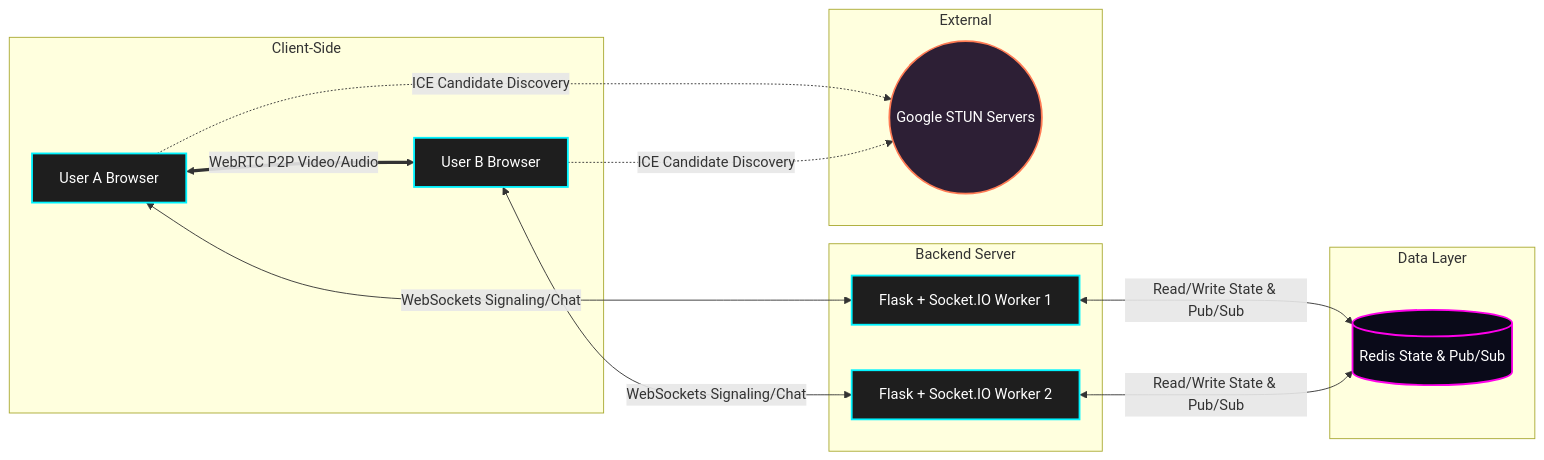
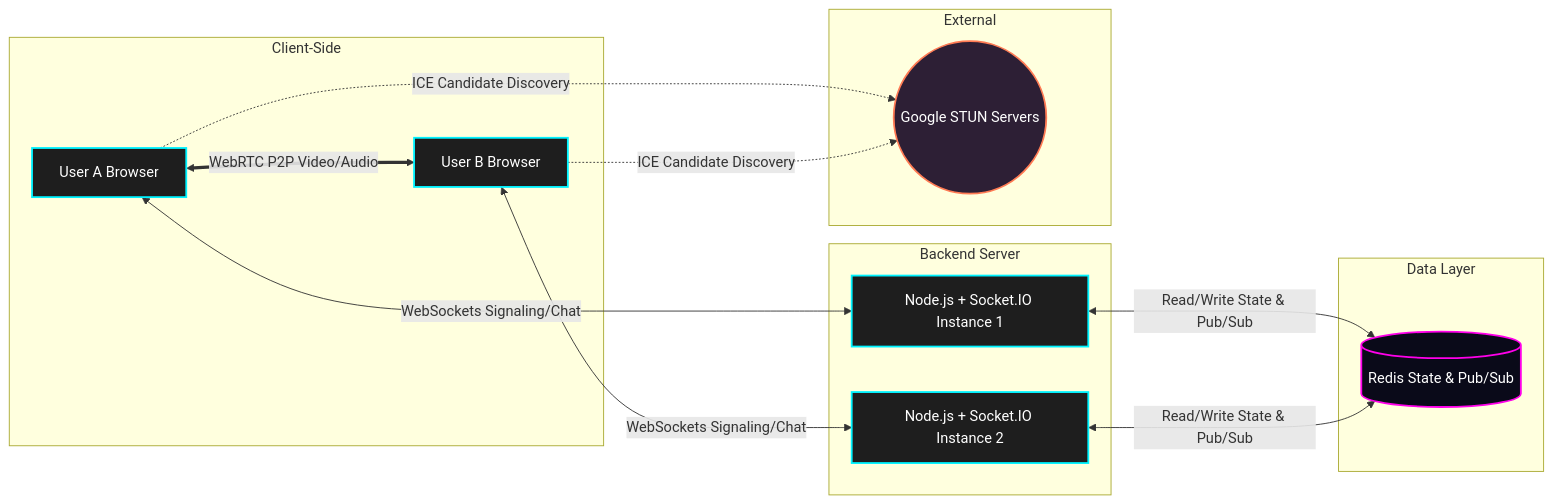
One commit to ArnavPundir22/BaatCheet changed the diagram in docs/architecture.md. Above: the diagram before and after it, drawn with Mermaid. The commit also changed other lines of this file and 1 other file, not shown here.

Commit message:
Update in-depth docs to reflect Node.js architecture

````diff
--- a/docs/architecture.md
+++ b/docs/architecture.md
@@ -12,41 +12,41 @@
 ```mermaid
 graph LR
     subgraph Client-Side
         A["User A Browser"]
         B["User B Browser"]
     end
 
     subgraph Backend Server
-        C["Flask + Socket.IO Worker 1"]
-        D["Flask + Socket.IO Worker 2"]
+        C["Node.js + Socket.IO Instance 1"]
+        D["Node.js + Socket.IO Instance 2"]
     end
 
     subgraph Data Layer
         E[("Redis State & Pub/Sub")]
     end
 
     subgraph External
         F(("Google STUN Servers"))
     end
 
     %% WebRTC Peer-to-Peer (Media)
     A <==>|"WebRTC P2P Video/Audio"| B
 
     %% Signaling & Chat
     A <-->|"WebSockets Signaling/Chat"| C
     B <-->|"WebSockets Signaling/Chat"| D
 
     %% Redis connection
     C <-->|"Read/Write State & Pub/Sub"| E
     D <-->|"Read/Write State & Pub/Sub"| E
 
     %% STUN
     A -.->|"ICE Candidate Discovery"| F
     B -.->|"ICE Candidate Discovery"| F
 
     classDef default fill:#1e1e1e,stroke:#00f3ff,stroke-width:2px,color:#fff;
     classDef database fill:#0a0a19,stroke:#ff00ea,stroke-width:2px,color:#fff;
     classDef external fill:#2d1f35,stroke:#ff7b54,stroke-width:2px,color:#fff;
     class E database
     class F external
 ```
````
